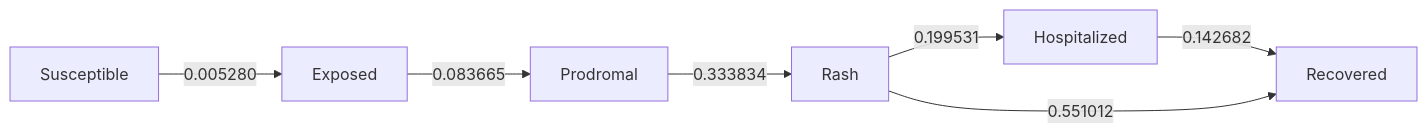
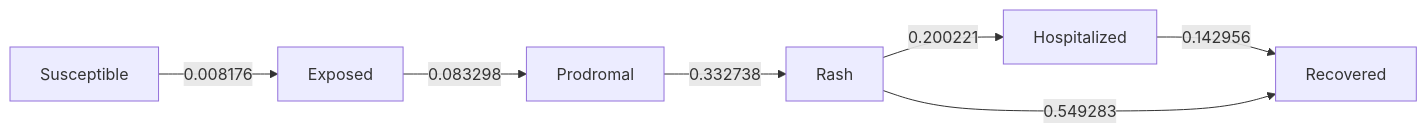
Before and after one commit to EpiForeSITE/epiworld-measles: the diagram in scenarios/canyon_grove_58/README.md, drawn with Mermaid. The commit also changed other lines of this file and 34 other files, not shown here.

````diff
--- a/scenarios/canyon_grove_58/README.md
+++ b/scenarios/canyon_grove_58/README.md
@@ -103,16 +104,16 @@
 ``` mermaid
 flowchart LR
     s0[Exposed]
     s1[Hospitalized]
     s2[Prodromal]
     s3[Rash]
     s4[Recovered]
     s5[Susceptible]
-    s0 -->|0.083665| s2
-    s1 -->|0.142682| s4
-    s2 -->|0.333834| s3
-    s3 -->|0.199531| s1
-    s3 -->|0.551012| s4
-    s5 -->|0.005280| s0
+    s0 -->|0.083298| s2
+    s1 -->|0.142956| s4
+    s2 -->|0.332738| s3
+    s3 -->|0.200221| s1
+    s3 -->|0.549283| s4
+    s5 -->|0.008176| s0
 
 ```
````
